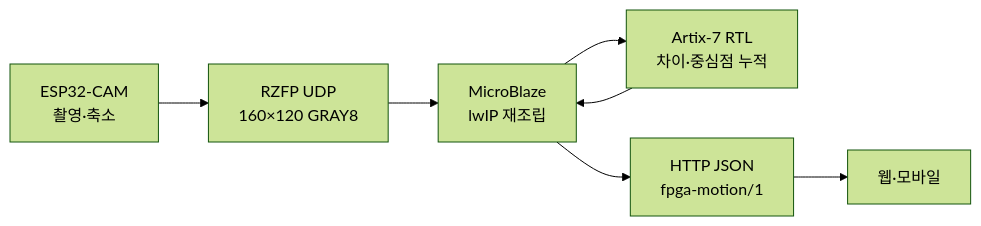
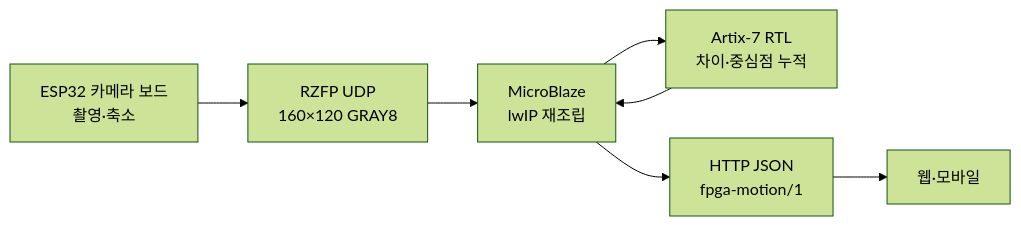
The diagram in docs/RISK-ZERO_Arty-A7_FPGA_동선_처리_설계_v0.1.md (Uree1229/Risk-ZERO), drawn with Mermaid (forest theme) before and after one commit. The commit also changed other lines of this file and 24 other files, not shown here.

Commit message:
Add XIAO bring-up and DDR FPGA flow

````diff
--- a/docs/RISK-ZERO_Arty-A7_FPGA_동선_처리_설계_v0.1.md
+++ b/docs/RISK-ZERO_Arty-A7_FPGA_동선_처리_설계_v0.1.md
@@ -12,10 +12,10 @@
 ```mermaid
 flowchart LR
-    ESP["ESP32-CAM<br/>촬영·축소"]
+    ESP["ESP32 카메라 보드<br/>촬영·축소"]
     Network["RZFP UDP<br/>160×120 GRAY8"]
     MB["MicroBlaze<br/>lwIP 재조립"]
     RTL["Artix-7 RTL<br/>차이·중심점 누적"]
     HTTP["HTTP JSON<br/>fpga-motion/1"]
     Monitor["웹·모바일"]
     ESP --> Network --> MB --> RTL --> MB --> HTTP --> Monitor
 ```
````
